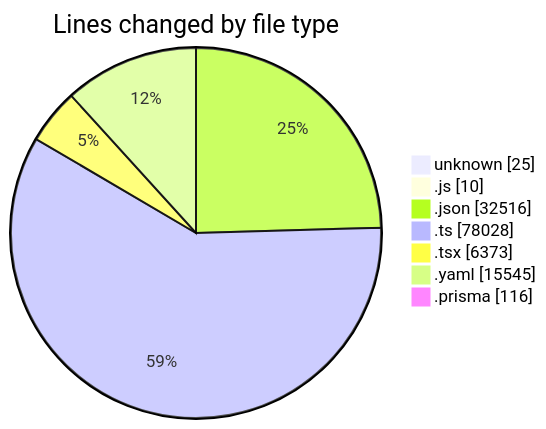
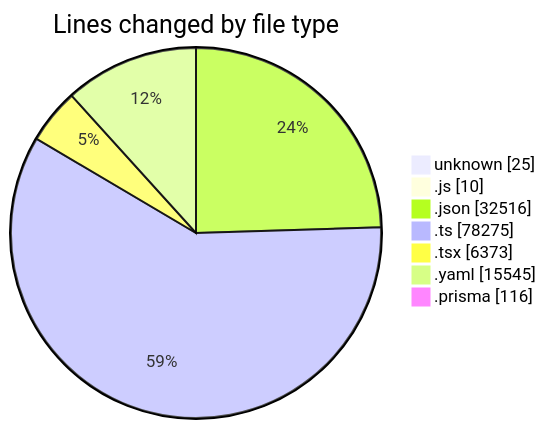
One commit to CELIANVF/code-tracking changed the first of 2 diagrams in 2025-05-02/ecodeli/README.md. Above: the diagram before and after it, drawn with Mermaid. The commit also changed other lines of this file and 1 other file, not shown here.

````diff
--- a/2025-05-02/ecodeli/README.md
+++ b/2025-05-02/ecodeli/README.md
@@ -92,11 +93,11 @@
 ```mermaid
 pie showData
 title Lines changed by file type
 "unknown" : 25
 ".js" : 10
 ".json" : 32516
-".ts" : 78028
+".ts" : 78275
 ".tsx" : 6373
 ".yaml" : 15545
 ".prisma" : 116
 ```
````
